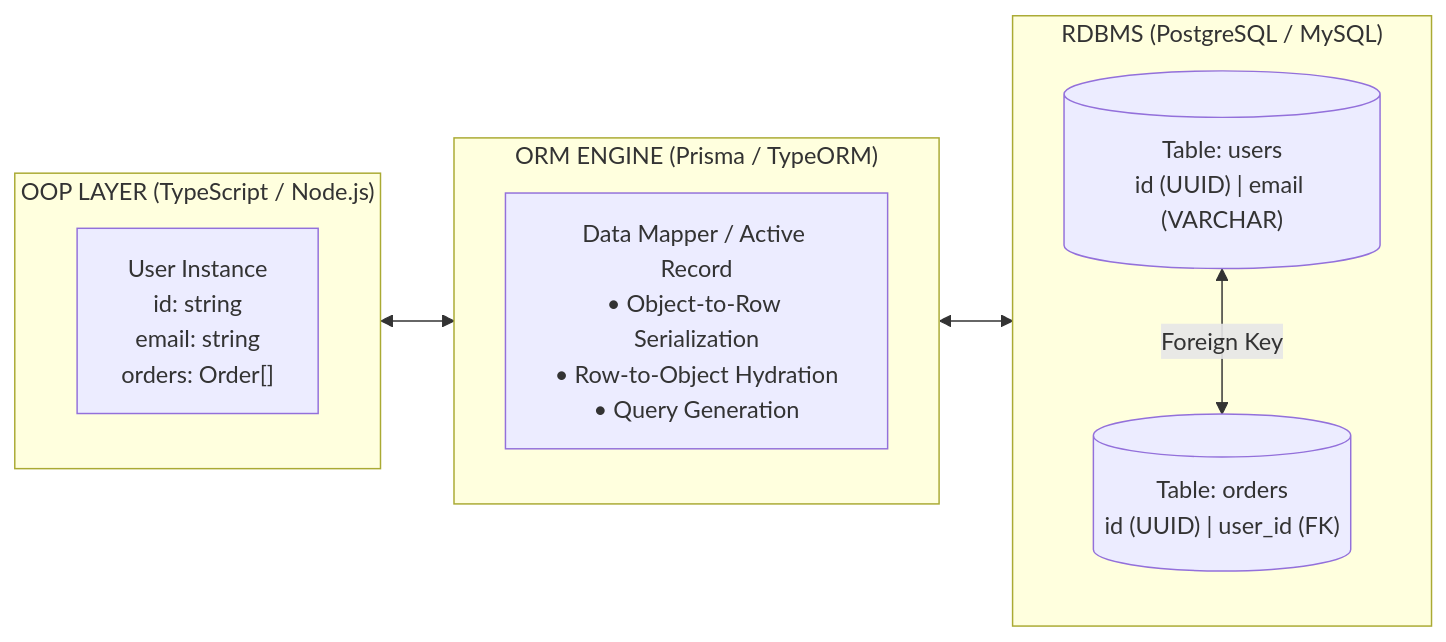
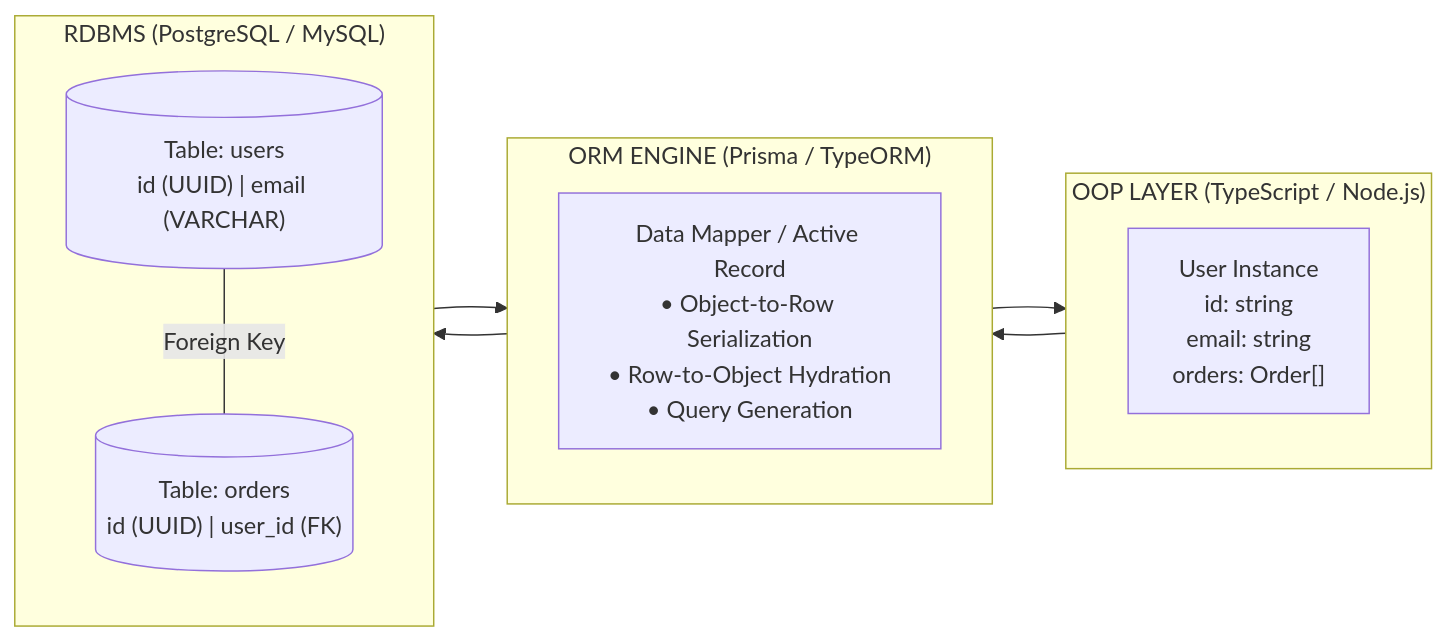
Before and after one commit to hydragon2m/docs: the first of 8 diagrams in Backend/Database & Storage/04. ORM & Migrations/Bài 01 - ORM Deep Dive (Prisma vs TypeORM & Migration Management).md, drawn with Mermaid. The commit also changed other lines of this file and 3 other files, not shown here.

````diff
--- a/Backend/Database & Storage/04. ORM & Migrations/Bài 01 - ORM Deep Dive (Prisma vs TypeORM & Migration Management).md
+++ b/Backend/Database & Storage/04. ORM & Migrations/Bài 01 - ORM Deep Dive (Prisma vs TypeORM & Migration Management).md
@@ -8,19 +8,21 @@
 ```mermaid
 flowchart LR
     subgraph OOPWorld["OOP LAYER (TypeScript / Node.js)"]
         UserClass["User Instance<br/>id: string<br/>email: string<br/>orders: Order[]"]
     end
 
     subgraph ORMBridge["ORM ENGINE (Prisma / TypeORM)"]
         Mapper["Data Mapper / Active Record<br/>• Object-to-Row Serialization<br/>• Row-to-Object Hydration<br/>• Query Generation"]
     end
 
     subgraph RelationalWorld["RDBMS (PostgreSQL / MySQL)"]
         TableUsers[("Table: users<br/>id (UUID) | email (VARCHAR)")]
         TableOrders[("Table: orders<br/>id (UUID) | user_id (FK)")]
-        TableUsers <-->|"Foreign Key"| TableOrders
+        TableUsers ---|"Foreign Key"| TableOrders
     end
 
-    OOPWorld <--> ORMBridge
-    ORMBridge <--> RelationalWorld
+    OOPWorld --> ORMBridge
+    ORMBridge --> OOPWorld
+    ORMBridge --> RelationalWorld
+    RelationalWorld --> ORMBridge
 ```
````
